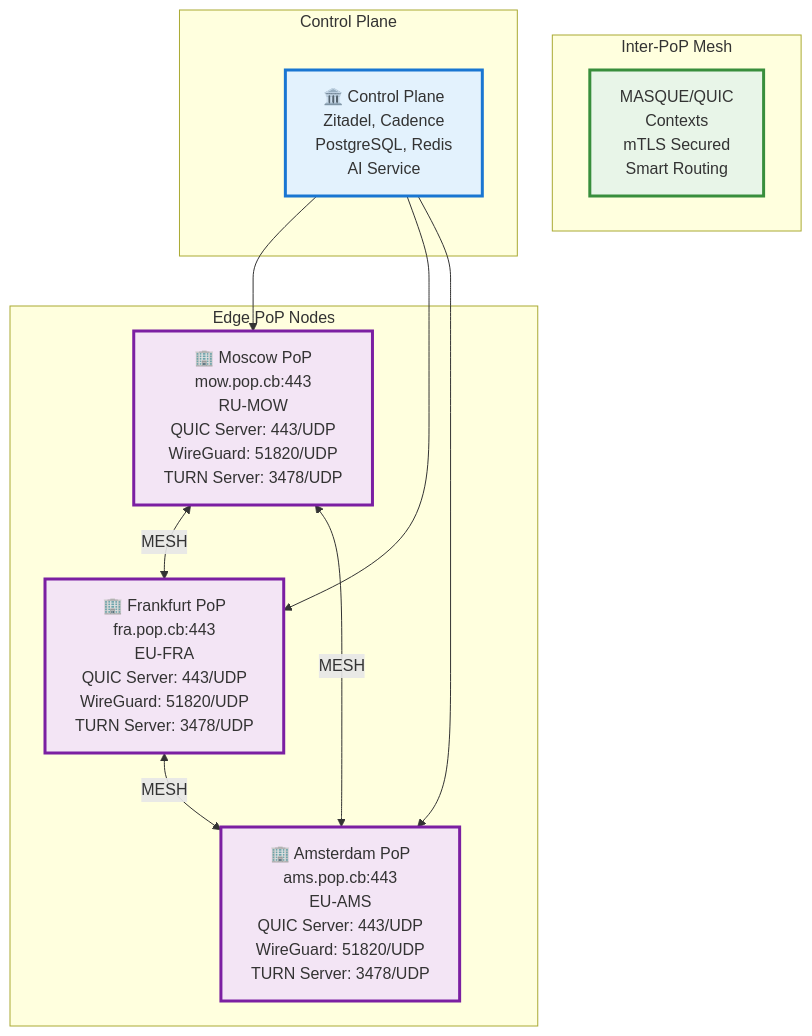
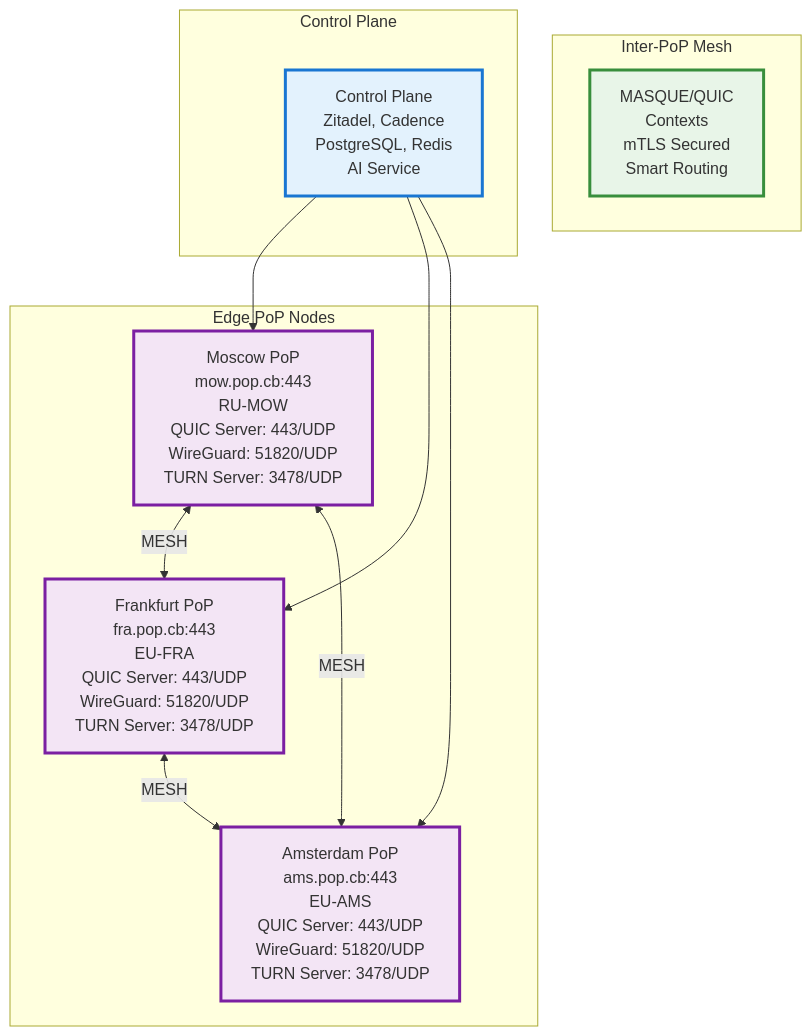
Before and after one commit to twogc/cloudbridge-edge-pops: the diagram in README.md, drawn with Mermaid. The commit also changed other lines of this file and 8 other files, not shown here.

````diff
--- a/README.md
+++ b/README.md
@@ -35,32 +35,32 @@
 ```mermaid
 graph TB
     subgraph "Edge PoP Nodes"
-        M[🏢 Moscow PoP<br/>mow.pop.cb:443<br/>RU-MOW<br/>QUIC Server: 443/UDP<br/>WireGuard: 51820/UDP<br/>TURN Server: 3478/UDP]
-        F[🏢 Frankfurt PoP<br/>fra.pop.cb:443<br/>EU-FRA<br/>QUIC Server: 443/UDP<br/>WireGuard: 51820/UDP<br/>TURN Server: 3478/UDP]
-        A[🏢 Amsterdam PoP<br/>ams.pop.cb:443<br/>EU-AMS<br/>QUIC Server: 443/UDP<br/>WireGuard: 51820/UDP<br/>TURN Server: 3478/UDP]
+        M[ Moscow PoP<br/>mow.pop.cb:443<br/>RU-MOW<br/>QUIC Server: 443/UDP<br/>WireGuard: 51820/UDP<br/>TURN Server: 3478/UDP]
+        F[ Frankfurt PoP<br/>fra.pop.cb:443<br/>EU-FRA<br/>QUIC Server: 443/UDP<br/>WireGuard: 51820/UDP<br/>TURN Server: 3478/UDP]
+        A[ Amsterdam PoP<br/>ams.pop.cb:443<br/>EU-AMS<br/>QUIC Server: 443/UDP<br/>WireGuard: 51820/UDP<br/>TURN Server: 3478/UDP]
     end
-    
+
     subgraph "Inter-PoP Mesh"
         MESH[MASQUE/QUIC<br/>Contexts<br/>mTLS Secured<br/>Smart Routing]
     end
-    
+
     subgraph "Control Plane"
-        CP[🏛️ Control Plane<br/>Zitadel, Cadence<br/>PostgreSQL, Redis<br/>AI Service]
+        CP[ Control Plane<br/>Zitadel, Cadence<br/>PostgreSQL, Redis<br/>AI Service]
     end
-    
+
     M <-->|MESH| F
     F <-->|MESH| A
     A <-->|MESH| M
-    
+
     CP --> M
     CP --> F
     CP --> A
-    
+
     classDef pop fill:#f3e5f5,stroke:#7b1fa2,stroke-width:3px
     classDef mesh fill:#e8f5e8,stroke:#388e3c,stroke-width:3px
     classDef control fill:#e3f2fd,stroke:#1976d2,stroke-width:3px
-    
+
     class M,F,A pop
     class MESH mesh
     class CP control
 ```
````
